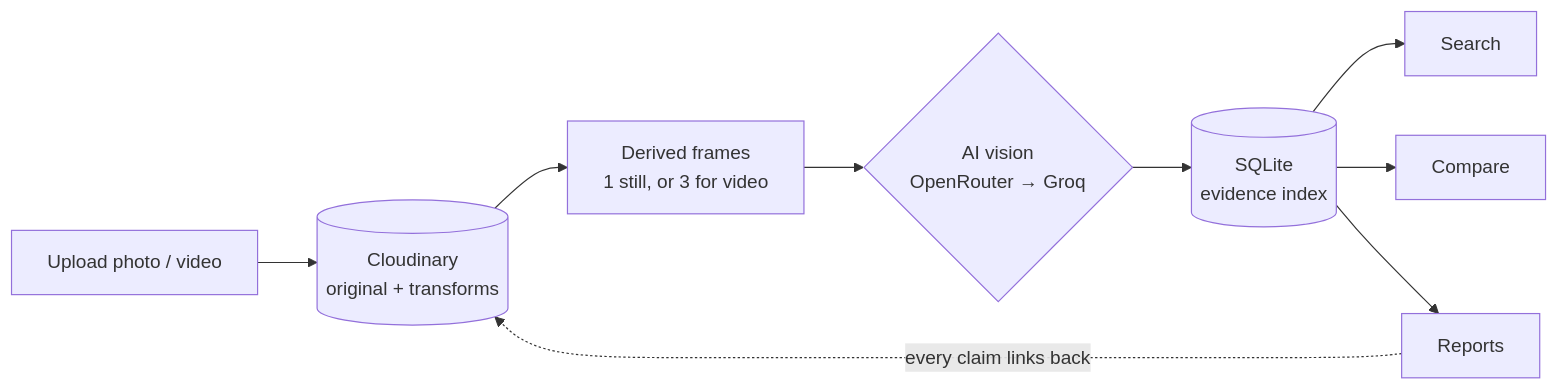
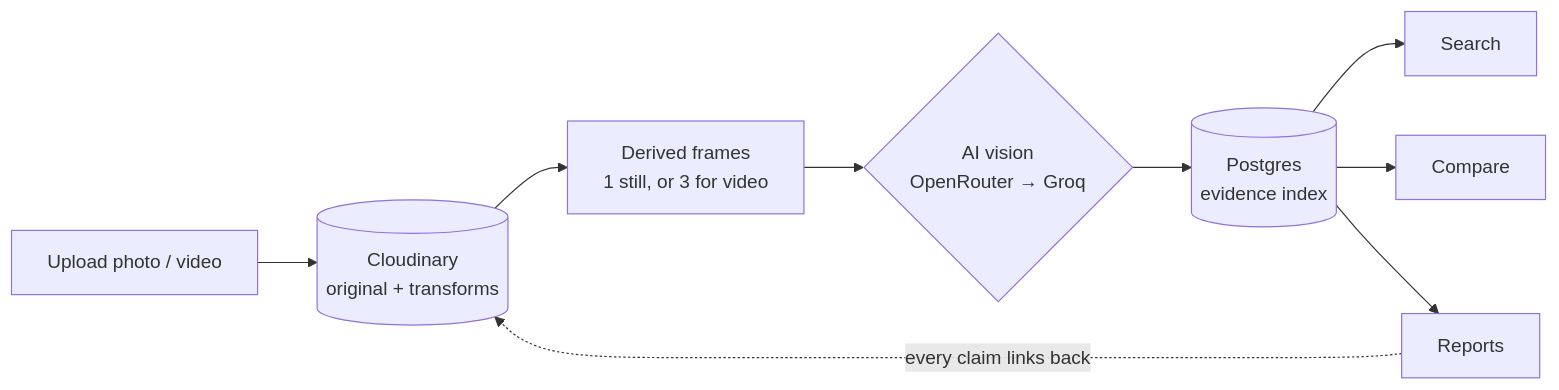
The diagram in README.md (princepal-dev/impactlens), drawn with Mermaid before and after one commit. The commit also changed other lines of this file and 35 other files, not shown here.

````diff
--- a/README.md
+++ b/README.md
@@ -54,11 +55,11 @@
 ```mermaid
 flowchart LR
     A["Upload photo / video"] --> B[("Cloudinary<br/>original + transforms")]
     B --> C["Derived frames<br/>1 still, or 3 for video"]
     C --> D{"AI vision<br/>OpenRouter → Groq"}
-    D --> E[("SQLite<br/>evidence index")]
+    D --> E[("Postgres<br/>evidence index")]
     E --> F[Search]
     E --> G[Compare]
     E --> H[Reports]
     H -. every claim links back .-> B
 ```
````
